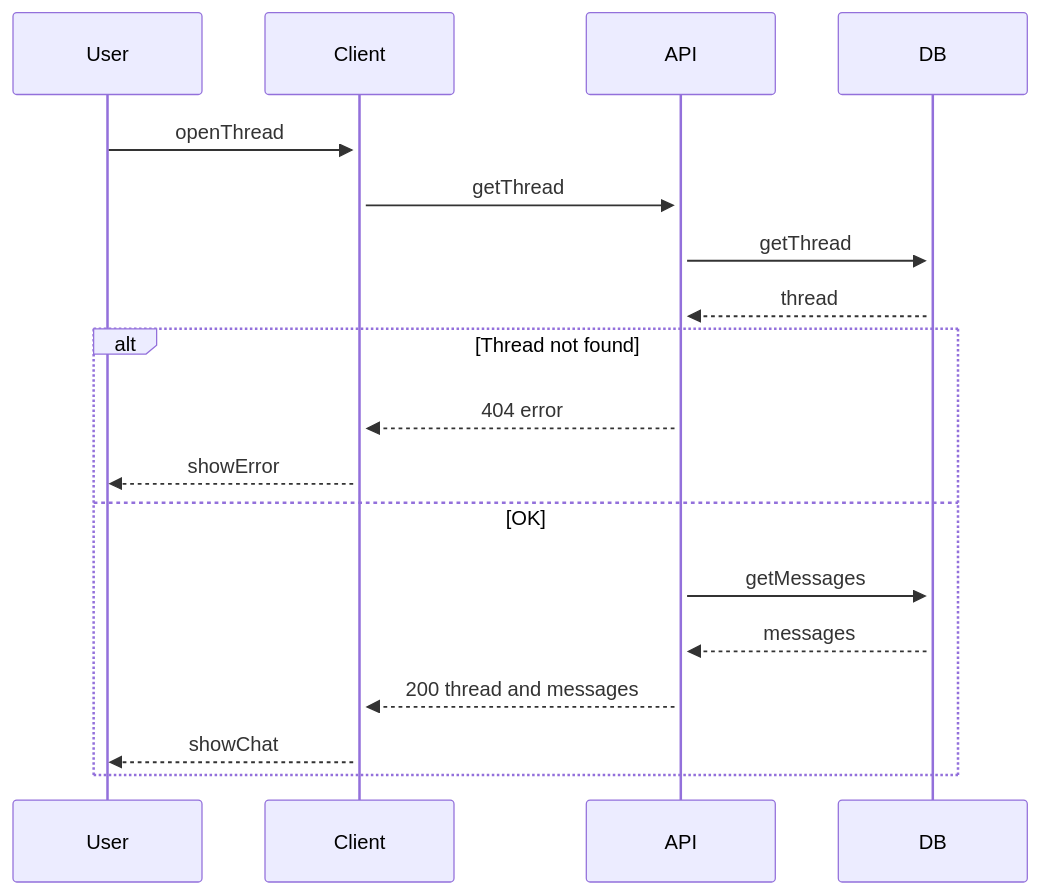
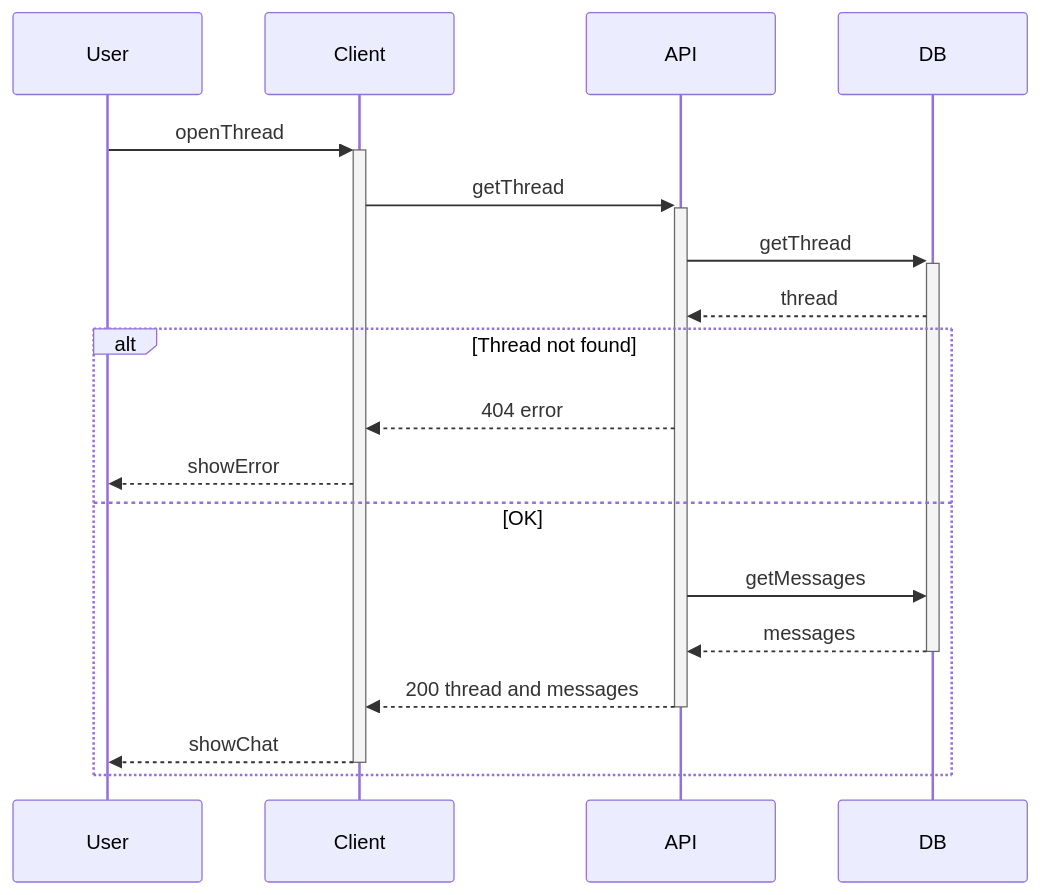
Before and after one commit to sandyleedev/student-mental-support-app: the diagram in docs/sequence-get-thread.md, drawn with Mermaid. The commit also changed 3 other files, not shown here.

````diff
--- a/docs/sequence-get-thread.md
+++ b/docs/sequence-get-thread.md
@@ -5,22 +5,22 @@
 ```mermaid
 sequenceDiagram
     participant User
     participant Client
     participant API
     participant DB
 
     User->>+Client: openThread
     Client->>+API: getThread
     API->>+DB: getThread
     DB-->>API: thread
 
     alt Thread not found
         API-->>Client: 404 error
         Client-->>User: showError
     else OK
-        API->>+DB: getMessages
-        DB-->>API: messages
-        API-->>Client: 200 thread and messages
-        Client-->>User: showChat
+        API->>DB: getMessages
+        DB-->>-API: messages
+        API-->>-Client: 200 thread and messages
+        Client-->>-User: showChat
     end
 ```
````
